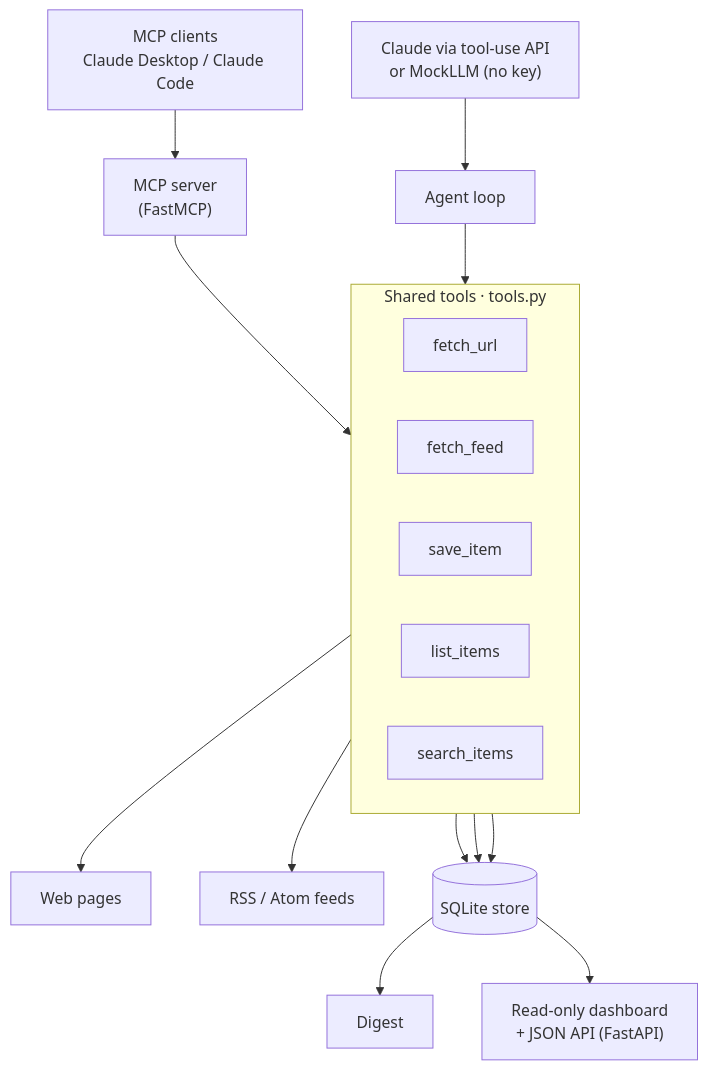
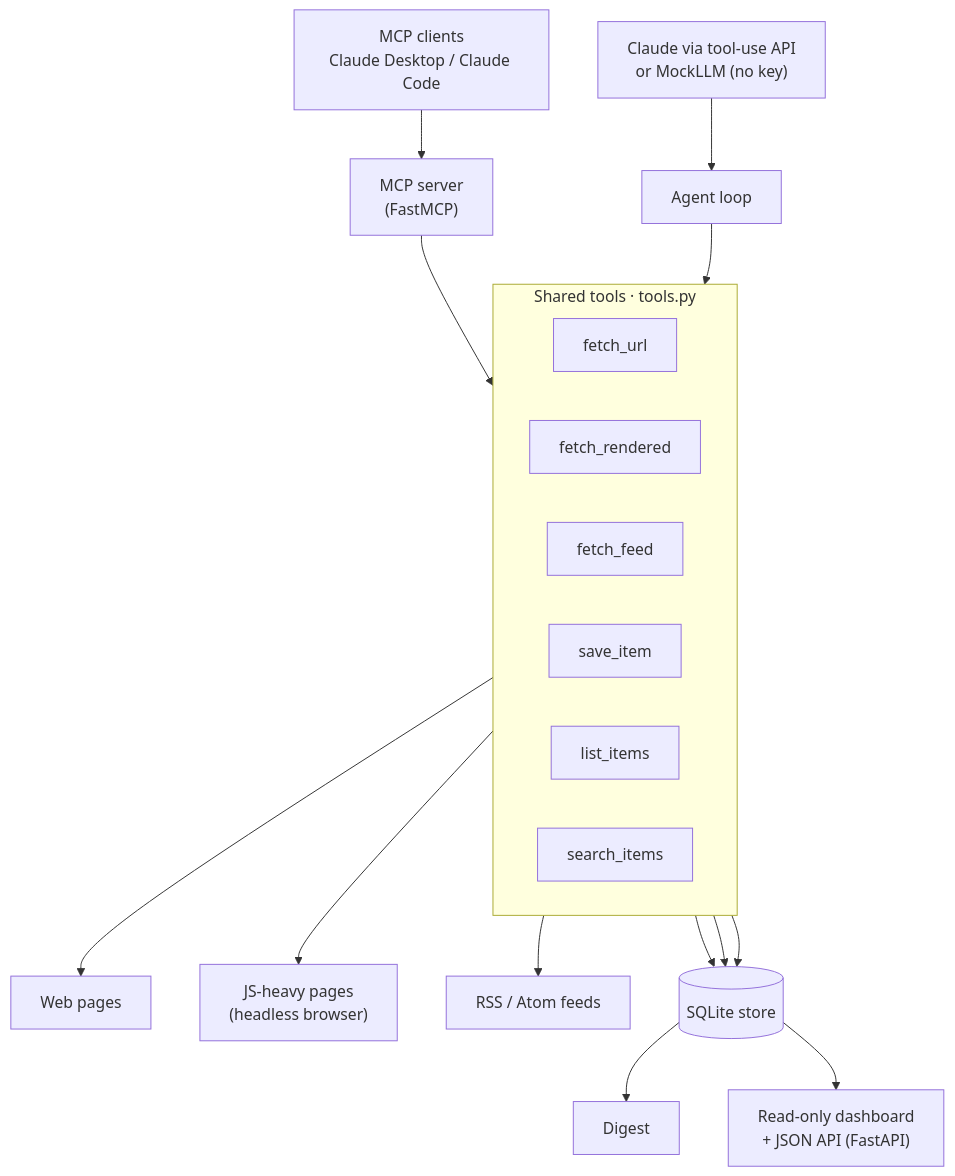
The first of 2 diagrams in README.md (gbadedata/mcp-research-agent), drawn with Mermaid before and after one commit. The commit also changed other lines of this file and 7 other files, not shown here.

Commit message:
Add headless-browser fetch_rendered and a gated live agent test; 19 tests

````diff
--- a/README.md
+++ b/README.md
@@ -57,22 +57,24 @@
 ```mermaid
 flowchart TD
     CLIENTS["MCP clients<br/>Claude Desktop / Claude Code"] --> MCP["MCP server<br/>(FastMCP)"]
     MODEL["Claude via tool-use API<br/>or MockLLM (no key)"] --> AGENT["Agent loop"]
     MCP --> TOOLS
     AGENT --> TOOLS
     subgraph TOOLS["Shared tools · tools.py"]
         direction LR
         F["fetch_url"]
+        FR["fetch_rendered"]
         FE["fetch_feed"]
         S["save_item"]
         L["list_items"]
         SR["search_items"]
     end
     F --> WEB["Web pages"]
+    FR --> JS["JS-heavy pages<br/>(headless browser)"]
     FE --> FEEDS["RSS / Atom feeds"]
     S --> STORE[("SQLite store")]
     L --> STORE
     SR --> STORE
     STORE --> DIGEST["Digest"]
     STORE --> DASH["Read-only dashboard<br/>+ JSON API (FastAPI)"]
 ```
````
